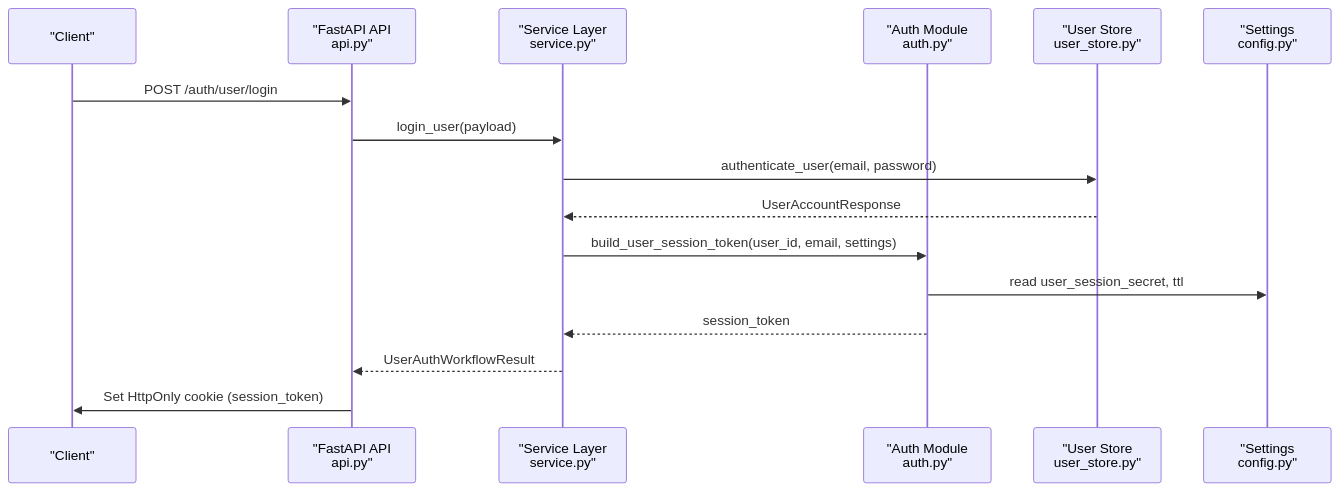
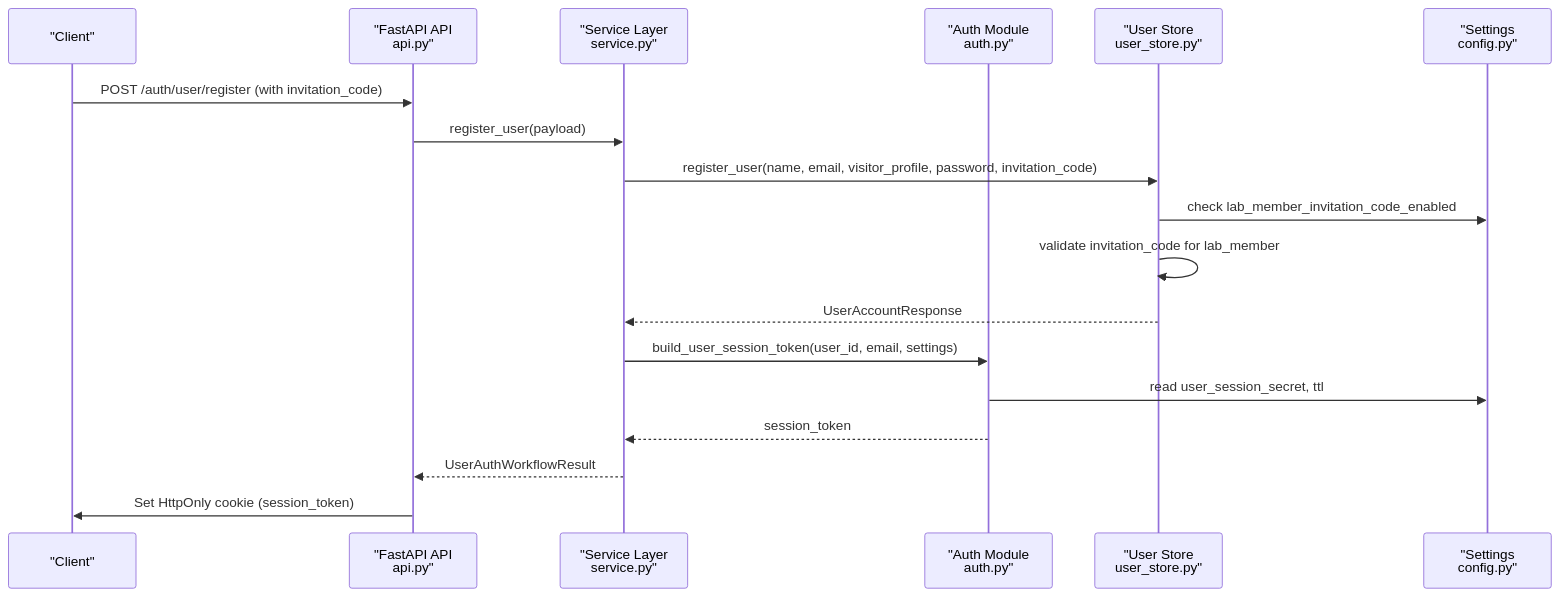
One commit to intellistream/sage-mate changed the second of 14 diagrams in .qoder/repowiki/en/content/Core Components/Authentication System.md. Above: the diagram before and after it, drawn with Mermaid. The commit also changed other lines of this file and 115 other files, not shown here.

````diff
--- a/.qoder/repowiki/en/content/Core Components/Authentication System.md
+++ b/.qoder/repowiki/en/content/Core Components/Authentication System.md
@@ -109,18 +136,20 @@
 ```mermaid
 sequenceDiagram
 participant Client as "Client"
 participant API as "FastAPI API<br/>api.py"
 participant Service as "Service Layer<br/>service.py"
 participant Auth as "Auth Module<br/>auth.py"
 participant Store as "User Store<br/>user_store.py"
 participant Config as "Settings<br/>config.py"
-Client->>API : POST /auth/user/login
-API->>Service : login_user(payload)
-Service->>Store : authenticate_user(email, password)
+Client->>API : POST /auth/user/register (with invitation_code)
+API->>Service : register_user(payload)
+Service->>Store : register_user(name, email, visitor_profile, password, invitation_code)
+Store->>Config : check lab_member_invitation_code_enabled
+Store->>Store : validate invitation_code for lab_member
 Store-->>Service : UserAccountResponse
 Service->>Auth : build_user_session_token(user_id, email, settings)
 Auth->>Config : read user_session_secret, ttl
 Auth-->>Service : session_token
 Service-->>API : UserAuthWorkflowResult
 API->>Client : Set HttpOnly cookie (session_token)
 ```
````
